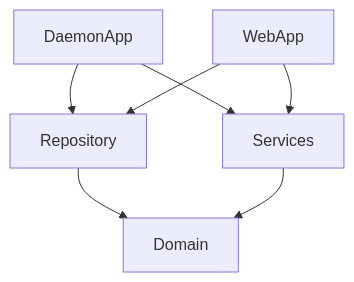
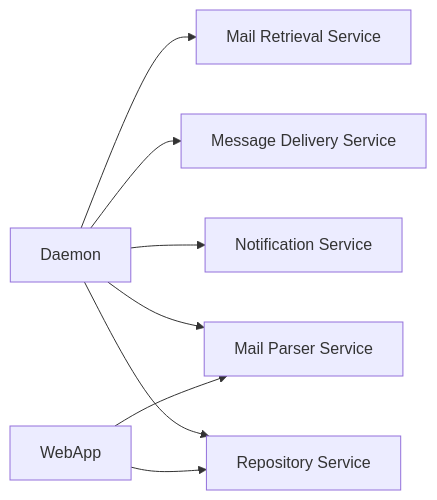
One commit to gaepdit/air-quality-alerts changed the diagram in README.md. Above: the diagram before and after it, drawn with Mermaid. The commit also changed other lines of this file and 21 other files, not shown here.

````diff
--- a/README.md
+++ b/README.md
@@ -34,14 +39,17 @@
 ```mermaid
-flowchart TB
-    D[DaemonApp]
+flowchart LR
+    D[Daemon]
     W[WebApp]
-    S[Services]
-    R[Repository]
-    C[Domain]
+    M[Mail Retrieval Service]
+    P[Mail Parser Service]
+    V[Message Delivery Service]
+    R[Repository Service]
+    N[Notification Service]
+    D --> M
+    D --> V
+    D --> N
+    D --> P
     D --> R
-    D --> S
+    W --> P
     W --> R
-    W --> S
-    R --> C
-    S --> C
 ```
````
